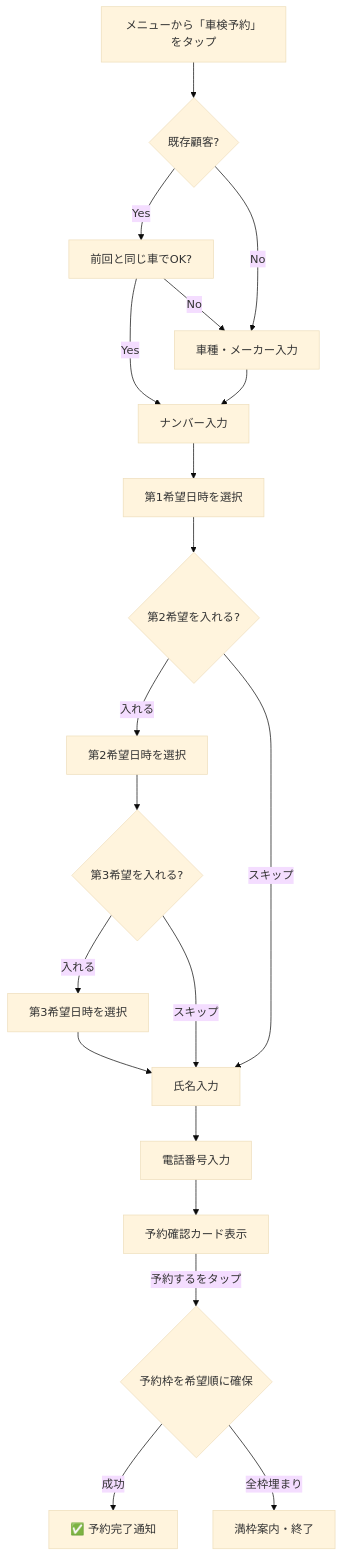
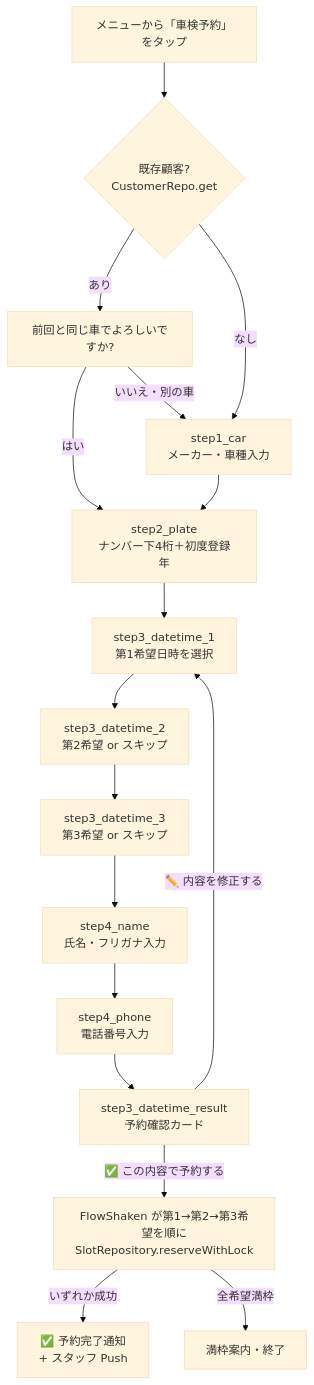
One commit to tanasato118/gas-line-reservation-bot changed the first of 4 diagrams in README.md. Above: the diagram before and after it, drawn with Mermaid (base theme). The commit also changed other lines of this file, not shown here.

First line of the commit message:
docs(readme): fix Mermaid flow accuracy and sample conversation prompts to match implementation

````diff
--- a/README.md
+++ b/README.md
@@ -137,22 +137,19 @@
 ```mermaid
 flowchart TD
-    A[メニューから「車検予約」をタップ] --> B{既存顧客?}
-    B -->|Yes| C[前回と同じ車でOK?]
-    B -->|No| D[車種・メーカー入力]
-    C -->|Yes| E[ナンバー入力]
-    C -->|No| D
+    A[メニューから「車検予約」をタップ] --> B{既存顧客?<br/>CustomerRepo.get}
+    B -->|あり| C[前回と同じ車でよろしいですか?]
+    B -->|なし| D[step1_car<br/>メーカー・車種入力]
+    C -->|はい| E[step2_plate<br/>ナンバー下4桁＋初度登録年]
+    C -->|いいえ・別の車| D
     D --> E
-    E --> F[第1希望日時を選択]
-    F --> G{第2希望を入れる?}
-    G -->|入れる| H[第2希望日時を選択]
-    G -->|スキップ| K[氏名入力]
-    H --> I{第3希望を入れる?}
-    I -->|入れる| J[第3希望日時を選択]
-    I -->|スキップ| K
-    J --> K
-    K --> L[電話番号入力]
-    L --> M[予約確認カード表示]
-    M -->|予約するをタップ| N{予約枠を希望順に確保}
-    N -->|成功| O[✅ 予約完了通知]
-    N -->|全枠埋まり| P[満枠案内・終了]
+    E --> F[step3_datetime_1<br/>第1希望日時を選択]
+    F --> G[step3_datetime_2<br/>第2希望 or スキップ]
+    G --> H[step3_datetime_3<br/>第3希望 or スキップ]
+    H --> I[step4_name<br/>氏名・フリガナ入力]
+    I --> J[step4_phone<br/>電話番号入力]
+    J --> K[step3_datetime_result<br/>予約確認カード]
+    K -->|✅ この内容で予約する| L[FlowShaken が第1→第2→第3希望を順に<br/>SlotRepository.reserveWithLock]
+    K -->|✏️ 内容を修正する| F
+    L -->|いずれか成功| M[✅ 予約完了通知<br/>+ スタッフ Push]
+    L -->|全希望満枠| N[満枠案内・終了]
 ```
````
